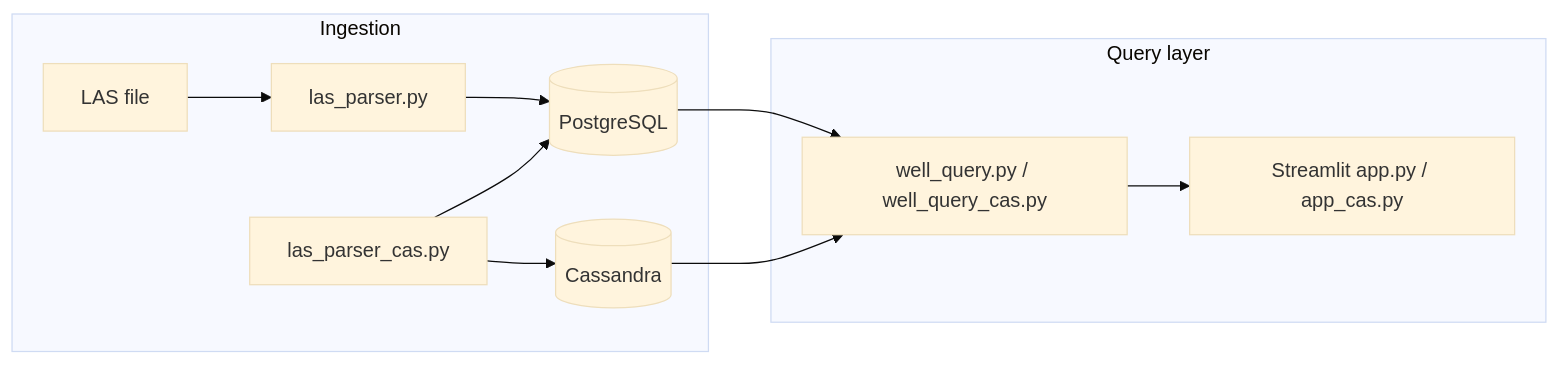
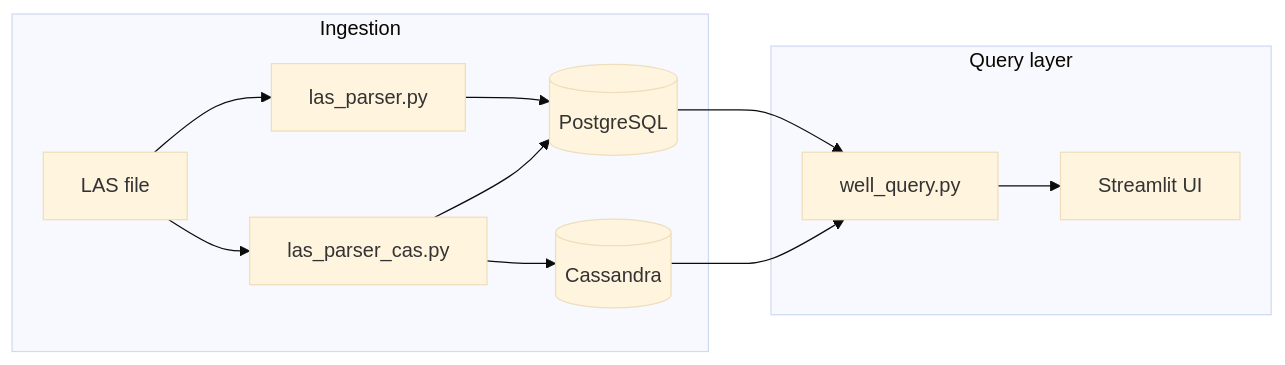
The diagram in README.md (kaybee77/DB_ToyImp), drawn with Mermaid (base theme) before and after one commit.

Commit message:
Fix Mermaid architecture diagram for GitHub rendering.

````diff
--- a/README.md
+++ b/README.md
@@ -23,16 +23,21 @@
 ```mermaid
 flowchart LR
-  subgraph ingest [Ingestion]
-    LAS[LAS file] --> Parser[las_parser.py]
-    Parser --> PG[(PostgreSQL)]
-    ParserCas[las_parser_cas.py] --> PG
-    ParserCas --> Cas[(Cassandra)]
+  subgraph ingestPipeline ["Ingestion"]
+    LASFile["LAS file"]
+    ParserPG["las_parser.py"]
+    ParserCas["las_parser_cas.py"]
+    PG[("PostgreSQL")]
+    Cas[("Cassandra")]
+    LASFile --> ParserPG --> PG
+    LASFile --> ParserCas
+    ParserCas --> PG
+    ParserCas --> Cas
   end
-  subgraph query [Query layer]
-    API[well_query.py / well_query_cas.py]
-    GUI[Streamlit app.py / app_cas.py]
+  subgraph queryLayer ["Query layer"]
+    WellQuery["well_query.py"]
+    StreamlitUI["Streamlit UI"]
   end
-  PG --> API
-  Cas --> API
-  API --> GUI
+  PG --> WellQuery
+  Cas --> WellQuery
+  WellQuery --> StreamlitUI
 ```
````
